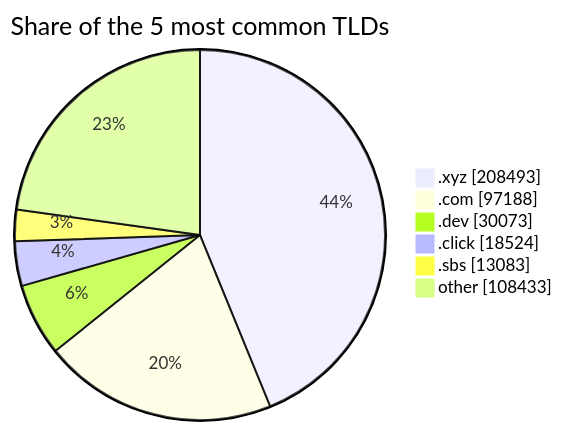
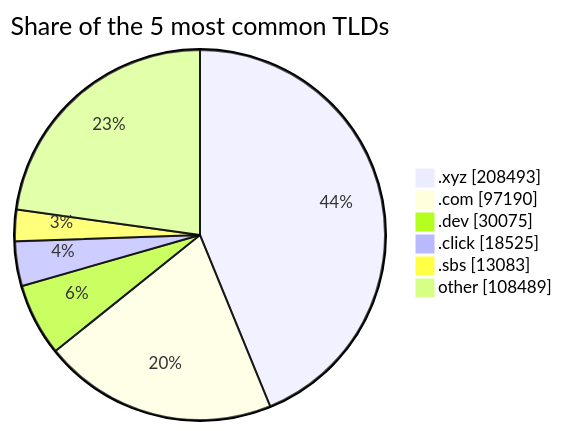
Before and after one commit to DNSBunker/CTI: the third of 3 diagrams in README.md, drawn with Mermaid. The commit also changed other lines of this file and 3 other files, not shown here.

````diff
--- a/README.md
+++ b/README.md
@@ -81,9 +81,9 @@
 ```mermaid
 pie showData title Share of the 5 most common TLDs
     ".xyz" : 208493
-    ".com" : 97188
-    ".dev" : 30073
-    ".click" : 18524
+    ".com" : 97190
+    ".dev" : 30075
+    ".click" : 18525
     ".sbs" : 13083
-    "other" : 108433
+    "other" : 108489
 ```
````
